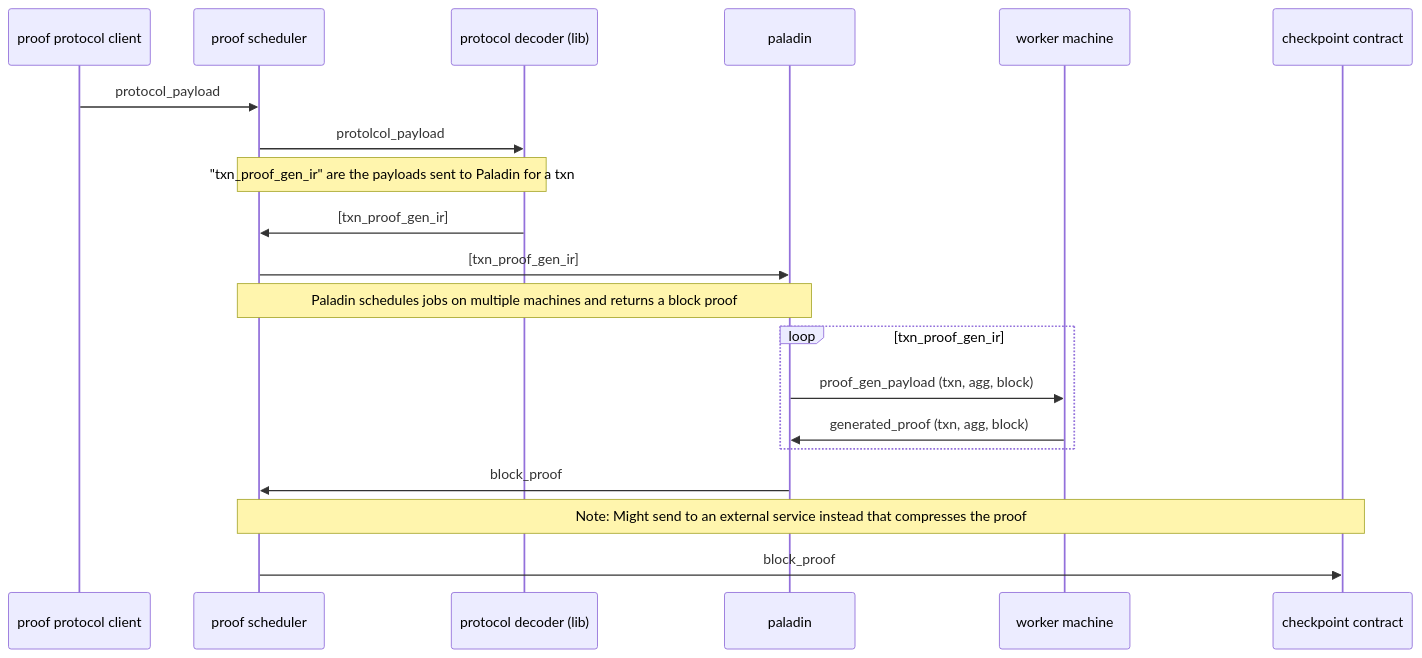
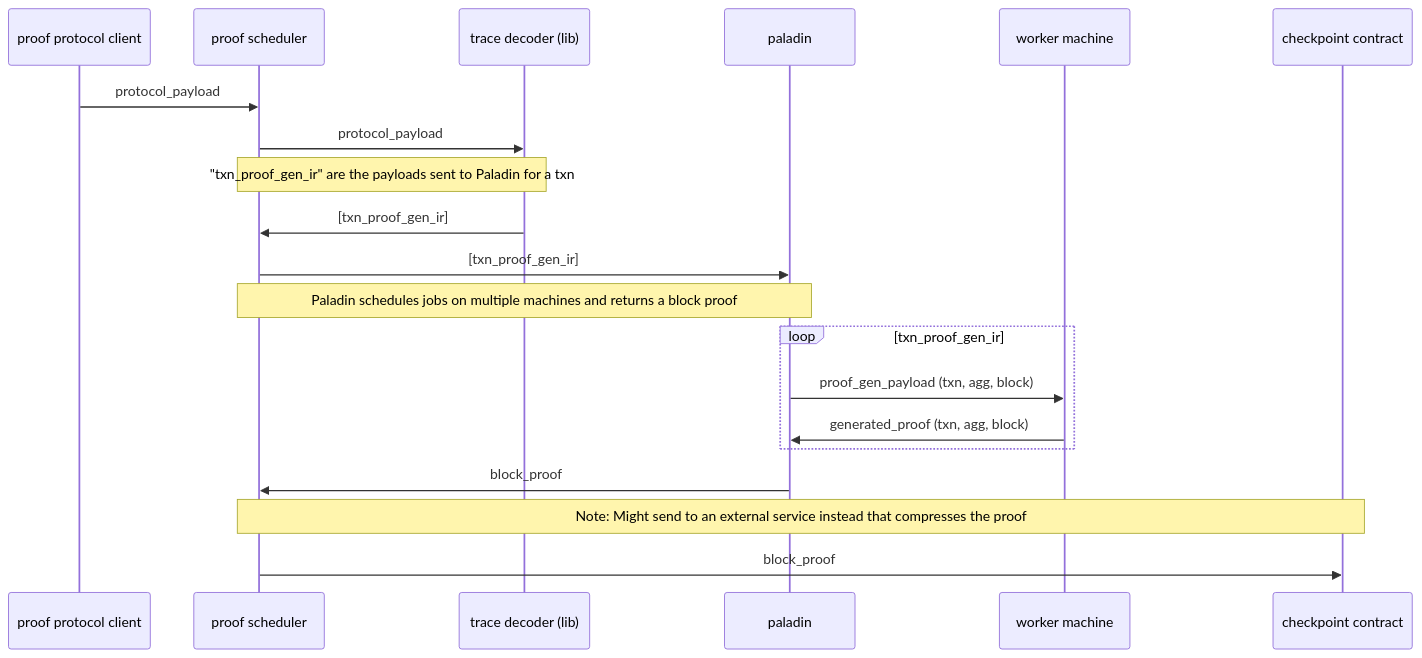
The diagram in docs/usage_seq_diagrams.md (0xPolygonZero/zk_evm), drawn with Mermaid before and after one commit. The commit also changed other lines of this file, not shown here.

Commit message:
Update sequence diagrams

````diff
--- a/docs/usage_seq_diagrams.md
+++ b/docs/usage_seq_diagrams.md
@@ -6,16 +7,16 @@
 ```mermaid
 sequenceDiagram
     proof protocol client->>proof scheduler: protocol_payload
-    proof scheduler->>protocol decoder (lib): protolcol_payload
-    Note over proof scheduler,protocol decoder (lib): "txn_proof_gen_ir" are the payloads sent to Paladin for a txn
-    protocol decoder (lib)->>proof scheduler: [txn_proof_gen_ir]
+    proof scheduler->>trace decoder (lib): protocol_payload
+    Note over proof scheduler,trace decoder (lib): "txn_proof_gen_ir" are the payloads sent to Paladin for a txn
+    trace decoder (lib)->>proof scheduler: [txn_proof_gen_ir]
     proof scheduler->>paladin: [txn_proof_gen_ir]
     Note over proof scheduler,paladin: Paladin schedules jobs on multiple machines and returns a block proof
     loop txn_proof_gen_ir
         paladin->>worker machine: proof_gen_payload (txn, agg, block)
         worker machine->>paladin: generated_proof (txn, agg, block)
     end
     paladin->>proof scheduler: block_proof
     Note over proof scheduler,checkpoint contract: Note: Might send to an external service instead that compresses the proof
     proof scheduler->>checkpoint contract: block_proof
 ```
````
